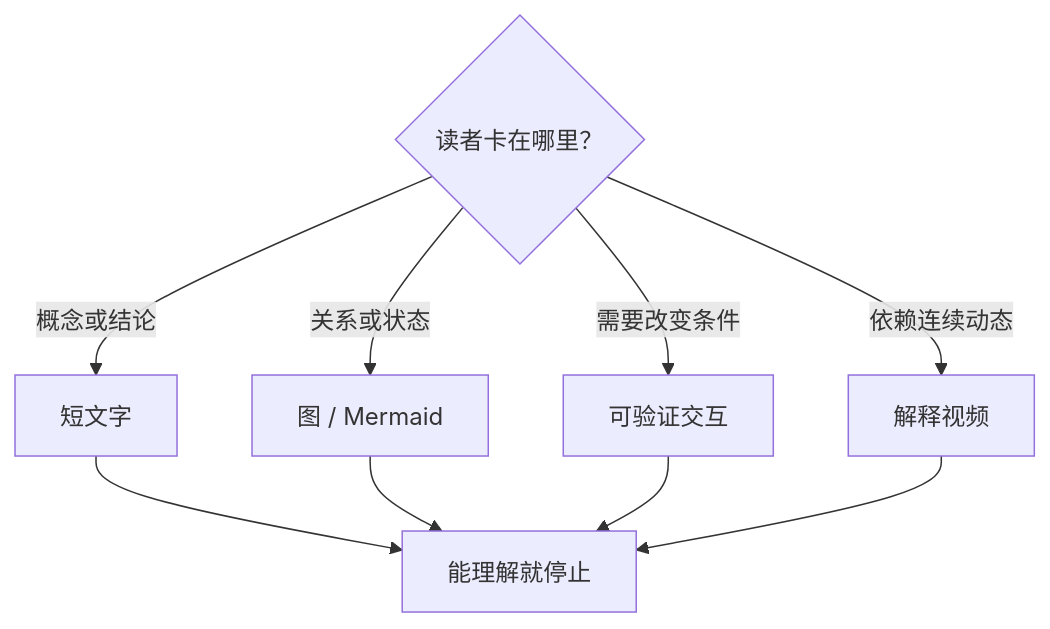
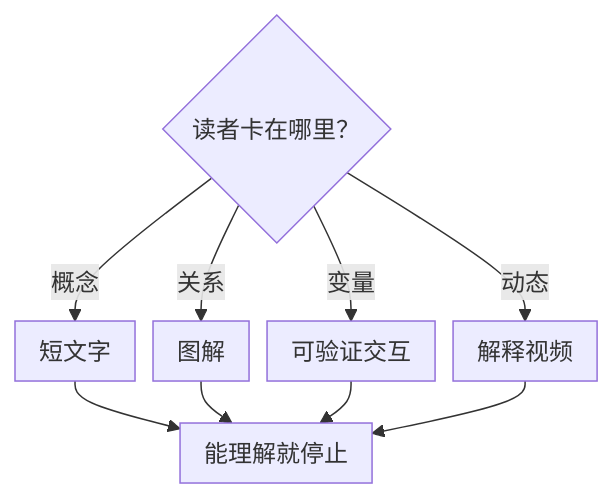
The diagram in profiles/default/content/zh/notes/llm-asd-ste100.mdx (Nunchakus888/dossierkit), drawn with Mermaid before and after one commit. The commit also changed other lines of this file, not shown here.

Commit message:
Update note: 让模型输出更容易理解：从受控写作到按需交互

````diff
--- a/profiles/default/content/zh/notes/llm-asd-ste100.mdx
+++ b/profiles/default/content/zh/notes/llm-asd-ste100.mdx
@@ -40,12 +40,19 @@
 ```mermaid
+---
+config:
+  flowchart:
+    nodeSpacing: 12
+    rankSpacing: 28
+    padding: 8
+---
 flowchart TB
   Q{读者卡在哪里？}
-  Q -->|概念或结论| T[短文字]
-  Q -->|关系或状态| D[图 / Mermaid]
-  Q -->|需要改变条件| H[可验证交互]
-  Q -->|依赖连续动态| V[解释视频]
+  Q -->|概念| T[短文字]
+  Q -->|关系| D[图解]
+  Q -->|变量| H[可验证交互]
+  Q -->|动态| V[解释视频]
   T --> S[能理解就停止]
   D --> S
   H --> S
   V --> S
 ```
````
